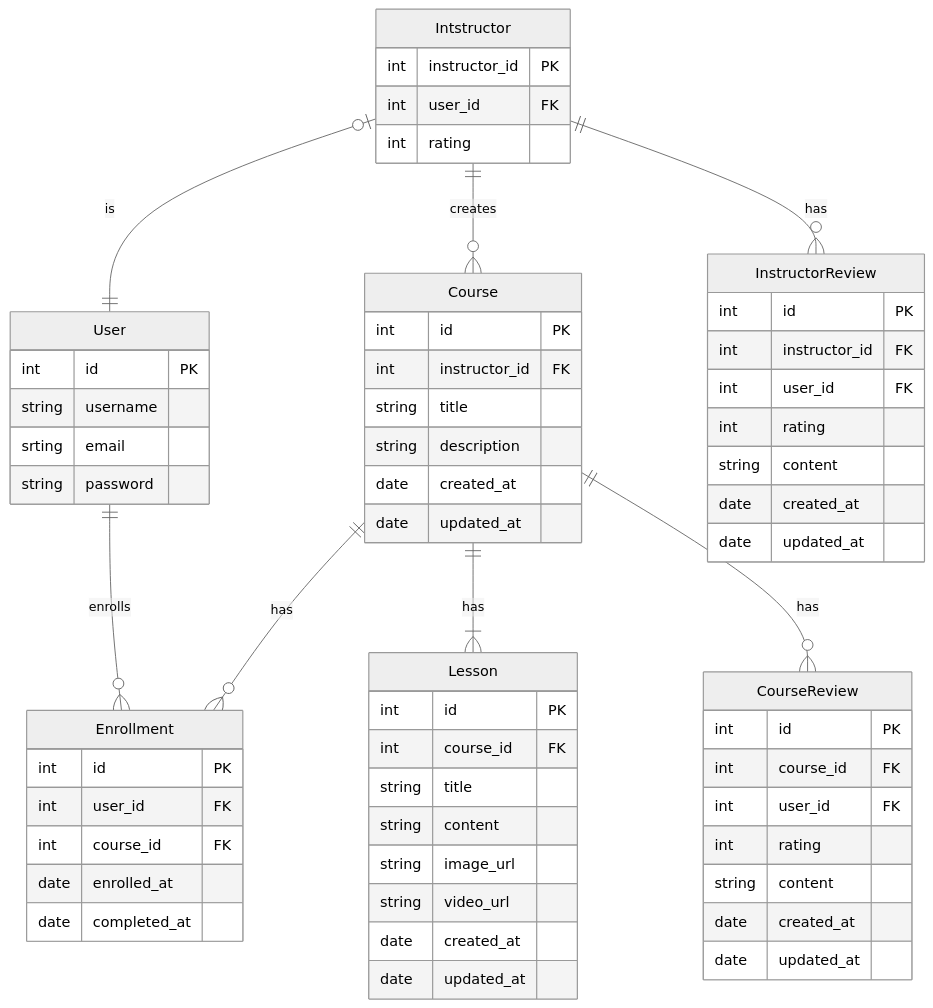
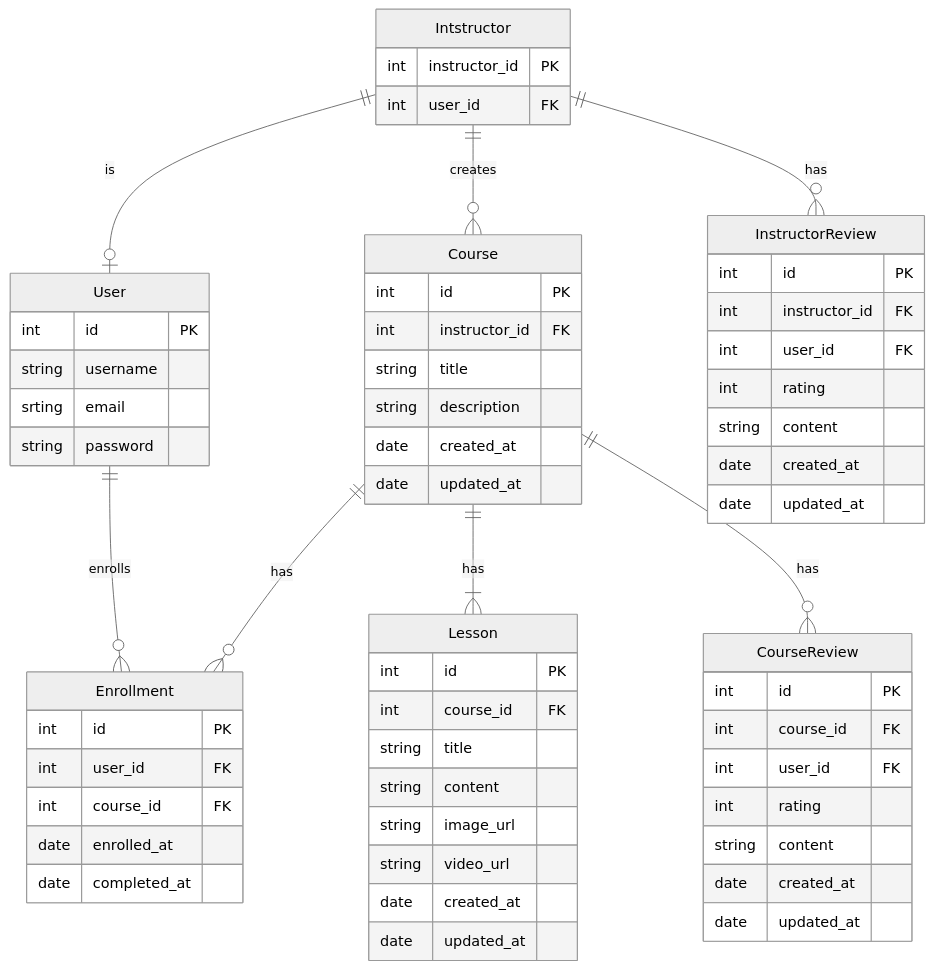
The diagram in README.md (troy-tran-goldenowl/online-learning), drawn with Mermaid (neutral theme) before and after one commit. The commit also changed other lines of this file and 5 other files, not shown here.

````diff
--- a/README.md
+++ b/README.md
@@ -27,72 +28,71 @@
 ```mermaid
   erDiagram
     User ||--o{ Enrollment: enrolls
     User {
         int id PK
         string username
         srting email
         string password
     }
 
 
     Intstructor ||--o{ Course: creates
-    Intstructor |o--|| User: is
+    Intstructor ||--o| User: is
     Intstructor ||--o{ InstructorReview : has
     Intstructor {
         int instructor_id PK
         int user_id FK
-        int rating
     }
 
     Course ||--o{ Enrollment: has
     Course ||--|{ Lesson : has
     Course ||--o{ CourseReview : has
     Course {
         int id PK
         int instructor_id FK
         string title
         string description
         date created_at
         date updated_at
     }
 
 
     Enrollment {
         int id PK
         int user_id FK
         int course_id FK
         date enrolled_at
         date completed_at
     }
 
     Lesson {
         int id PK
         int course_id FK
         string title
         string content
         string image_url
         string video_url
         date created_at
         date updated_at
     }
 
     CourseReview {
         int id PK
         int course_id FK
         int user_id FK
         int rating
         string content
         date created_at
         date updated_at
     }
 
     InstructorReview {
         int id PK
         int instructor_id FK
         int user_id FK
         int rating
         string content
         date created_at
         date updated_at
     }
 ```
````
